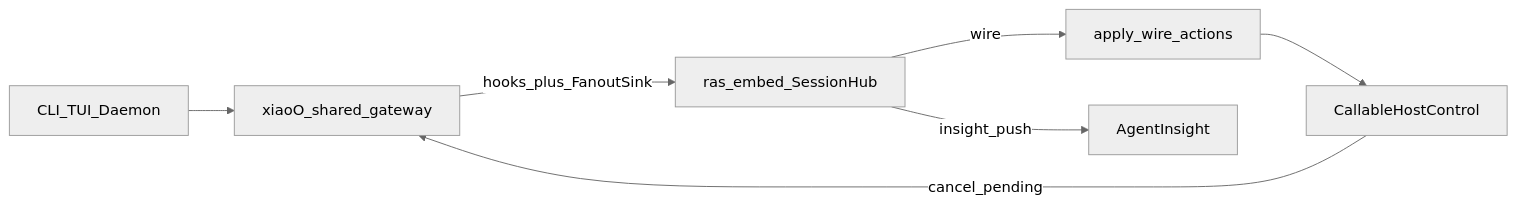
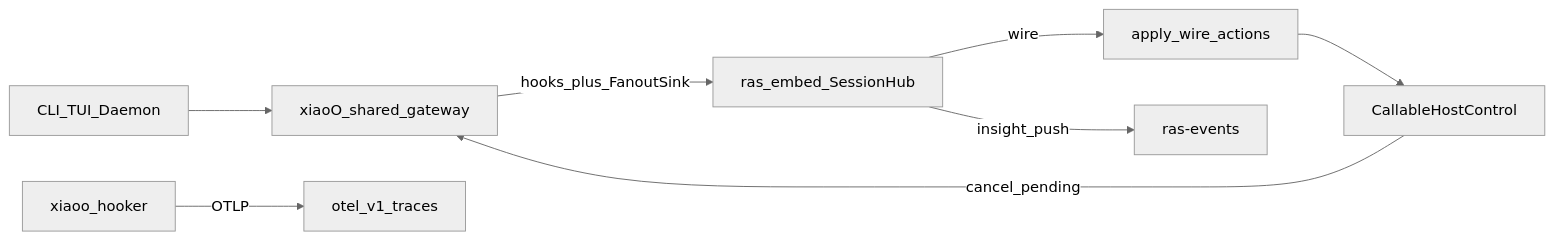
The diagram in docs/agent-ras/designs/features/xiaoo-adapter.md (openeuler-mirror/agent-insight), drawn with Mermaid (neutral theme) before and after one commit. The commit also changed other lines of this file and 209 other files, not shown here.

````diff
--- a/docs/agent-ras/designs/features/xiaoo-adapter.md
+++ b/docs/agent-ras/designs/features/xiaoo-adapter.md
@@ -21,9 +21,10 @@
 ```mermaid
 flowchart LR
   Entry[CLI_TUI_Daemon] --> GW[xiaoO_shared_gateway]
   GW -->|hooks_plus_FanoutSink| Embed[ras_embed_SessionHub]
   Embed -->|wire| Apply[apply_wire_actions]
   Apply --> Host[CallableHostControl]
   Host -->|cancel_pending| GW
-  Embed -->|insight_push| Insight[AgentInsight]
+  Embed -->|insight_push| InsightRAS[ras-events]
+  Hooker[xiaoo_hooker] -->|OTLP| InsightOTel[otel_v1_traces]
 ```
````
